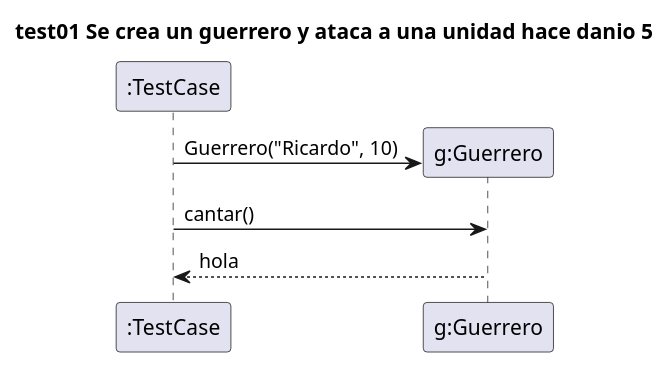
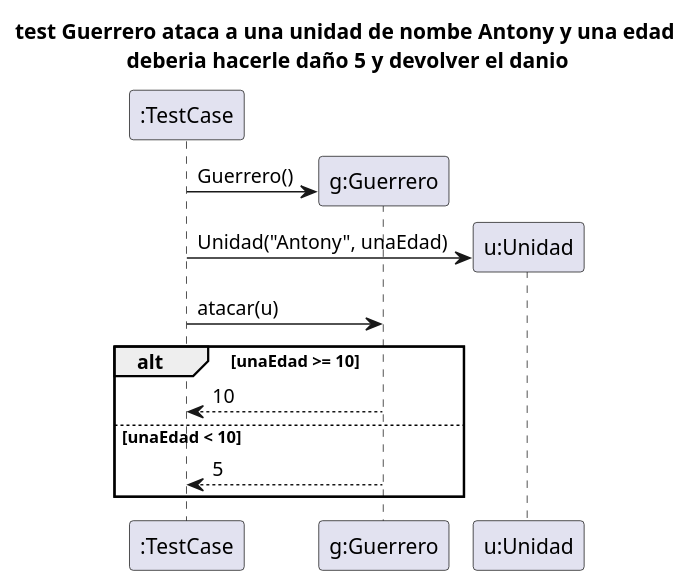
The diagram in Diagramas/prueba.puml (AbrahamOsco/Ejercicios-Java-POO), drawn with PlantUML before and after one commit. The commit also changed other lines of this file and 35 other files, not shown here.

```diff
--- a/Diagramas/prueba.puml
+++ b/Diagramas/prueba.puml
@@ -1,9 +1,14 @@
 @startuml
-title "test01 Se crea un guerrero y ataca a una unidad hace danio 5"
+title "test Guerrero ataca a una unidad de nombe Antony y una edad\n deberia hacerle daño 5 y devolver el danio"
 create ":TestCase"
 create "g:Guerrero"
-":TestCase" -> "g:Guerrero": Guerrero("Ricardo", 10)
-":TestCase" -> "g:Guerrero":cantar()
-"g:Guerrero" --> ":TestCase": hola
-
+":TestCase" -> "g:Guerrero":Guerrero()
+create "u:Unidad"
+":TestCase" -> "u:Unidad":Unidad("Antony", unaEdad)
+":TestCase" -> "g:Guerrero":atacar(u)
+alt unaEdad >= 10
+    "g:Guerrero" --> ":TestCase": 10
+else  unaEdad < 10
+    "g:Guerrero" --> ":TestCase": 5
+end alt
 @enduml
```
